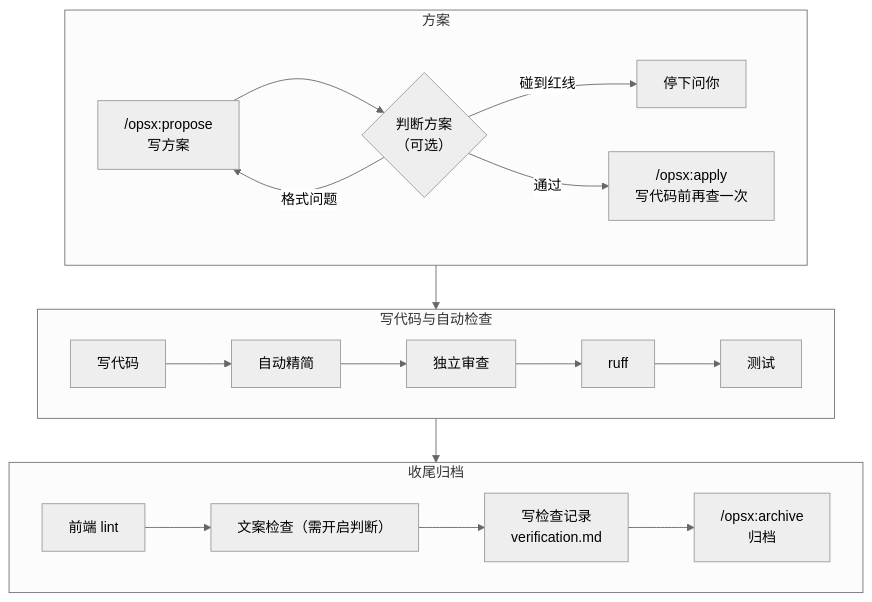
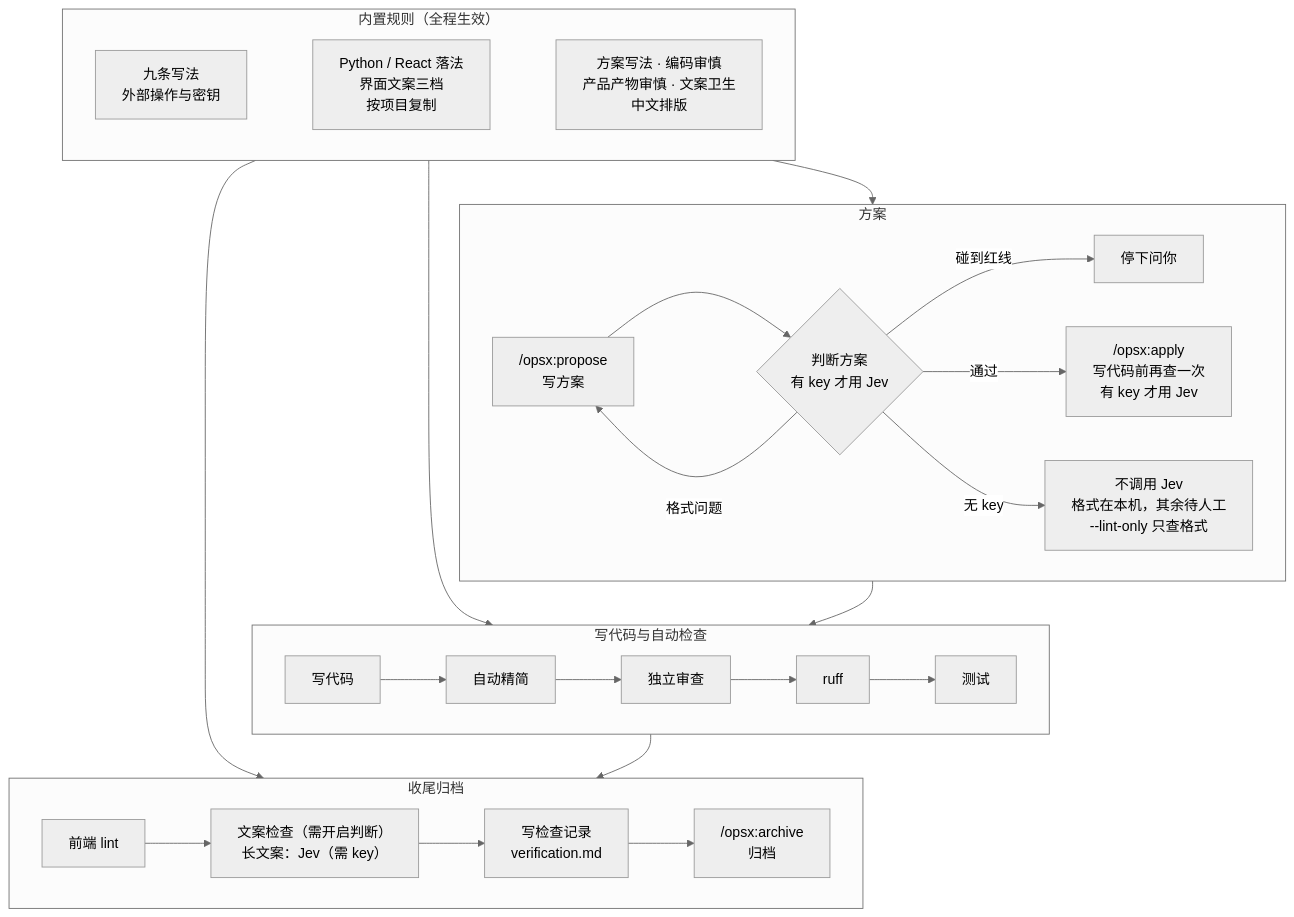
One commit to rulemason/rulemason changed the diagram in README.md. Above: the diagram before and after it, drawn with Mermaid (neutral theme). The commit also changed other lines of this file and 1 other file, not shown here.

Commit message:
docs(readme): 流程图补上 Jev 和内置规则
判断只在有 key 时交给 Jev；格式检查留在本机。内置规则单独成一行，并连到三个阶段。

````diff
--- a/README.md
+++ b/README.md
@@ -86,19 +86,31 @@
 ```mermaid
 flowchart TB
+  subgraph rules["内置规则（全程生效）"]
+    direction LR
+    R1["九条写法<br/>外部操作与密钥"]
+    R2["Python / React 落法<br/>界面文案三档<br/>按项目复制"]
+    R3["方案写法 · 编码审慎<br/>产品产物审慎 · 文案卫生<br/>中文排版"]
+    R1 ~~~ R2 ~~~ R3
+  end
   subgraph plan["方案"]
     direction LR
-    A["/opsx:propose<br/>写方案"] --> B{"判断方案<br/>（可选）"}
+    A["/opsx:propose<br/>写方案"] --> B{"判断方案<br/>有 key 才用 Jev"}
     B -- 格式问题 --> A
     B -- 碰到红线 --> U["停下问你"]
-    B -- 通过 --> C["/opsx:apply<br/>写代码前再查一次"]
+    B -- 通过 --> C["/opsx:apply<br/>写代码前再查一次<br/>有 key 才用 Jev"]
+    B -- 无 key --> N["不调用 Jev<br/>格式在本机，其余待人工<br/>--lint-only 只查格式"]
   end
   subgraph build["写代码与自动检查"]
     direction LR
     D["写代码"] --> E["自动精简"] --> F["独立审查"] --> G["ruff"] --> H["测试"]
   end
   subgraph finish["收尾归档"]
     direction LR
-    I["前端 lint"] --> J["文案检查（需开启判断）"] --> K["写检查记录<br/>verification.md"] --> L["/opsx:archive<br/>归档"]
+    I["前端 lint"] --> J["文案检查（需开启判断）<br/>长文案：Jev（需 key）"] --> K["写检查记录<br/>verification.md"] --> L["/opsx:archive<br/>归档"]
   end
-  plan --> build --> finish
+  rules --> plan
+  rules --> build
+  rules --> finish
+  plan --> build
+  build --> finish
 ```
````
